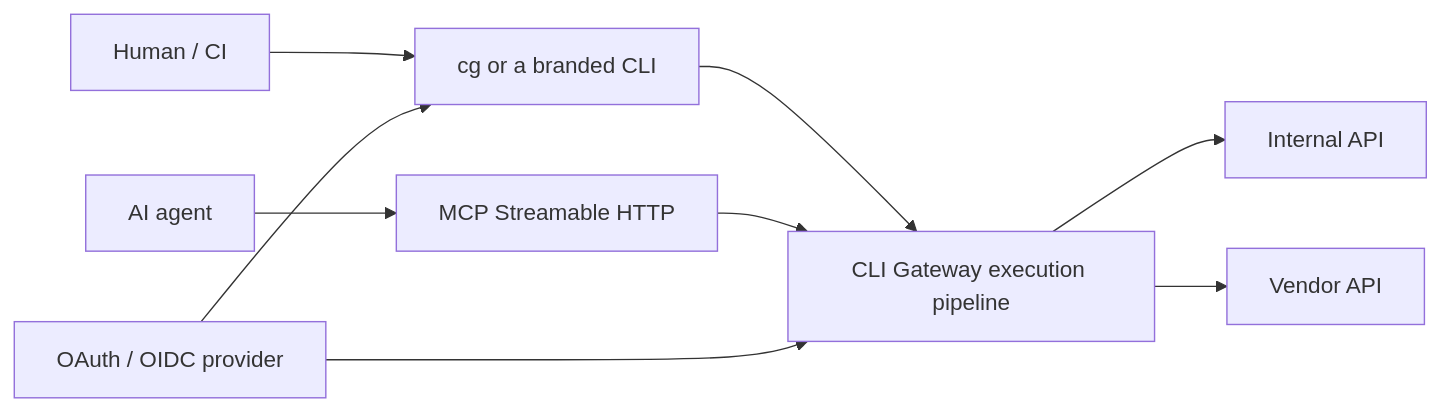
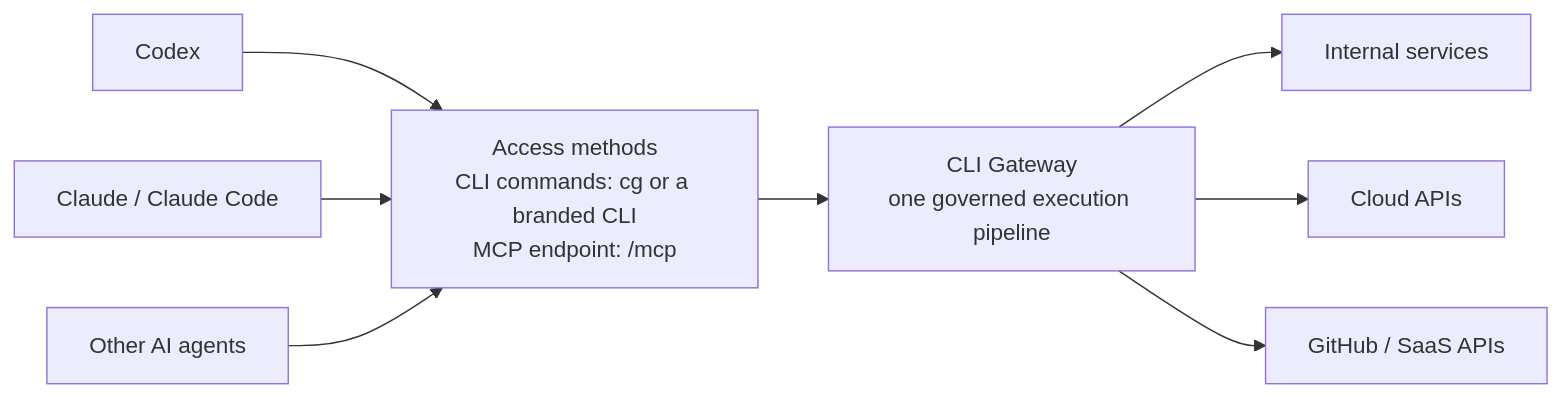
The diagram in README.md (wyh0626/cli-gateway), drawn with Mermaid before and after one commit. The commit also changed other lines of this file and 8 other files, not shown here.

````diff
--- a/README.md
+++ b/README.md
@@ -32,11 +37,10 @@
 ```mermaid
 flowchart LR
-    User["Human / CI"] --> CLI["cg or a branded CLI"]
-    Agent["AI agent"] --> MCP["MCP Streamable HTTP"]
-    CLI --> Gateway["CLI Gateway execution pipeline"]
-    MCP --> Gateway
-    Gateway --> API1["Internal API"]
-    Gateway --> API2["Vendor API"]
-    IdP["OAuth / OIDC provider"] --> CLI
-    IdP --> Gateway
+    Codex["Codex"] --> Access["Access methods<br/>CLI commands: cg or a branded CLI<br/>MCP endpoint: /mcp"]
+    Claude["Claude / Claude Code"] --> Access
+    Other["Other AI agents"] --> Access
+    Access --> Gateway["CLI Gateway<br/>one governed execution pipeline"]
+    Gateway --> Internal["Internal services"]
+    Gateway --> Cloud["Cloud APIs"]
+    Gateway --> SaaS["GitHub / SaaS APIs"]
 ```
````
